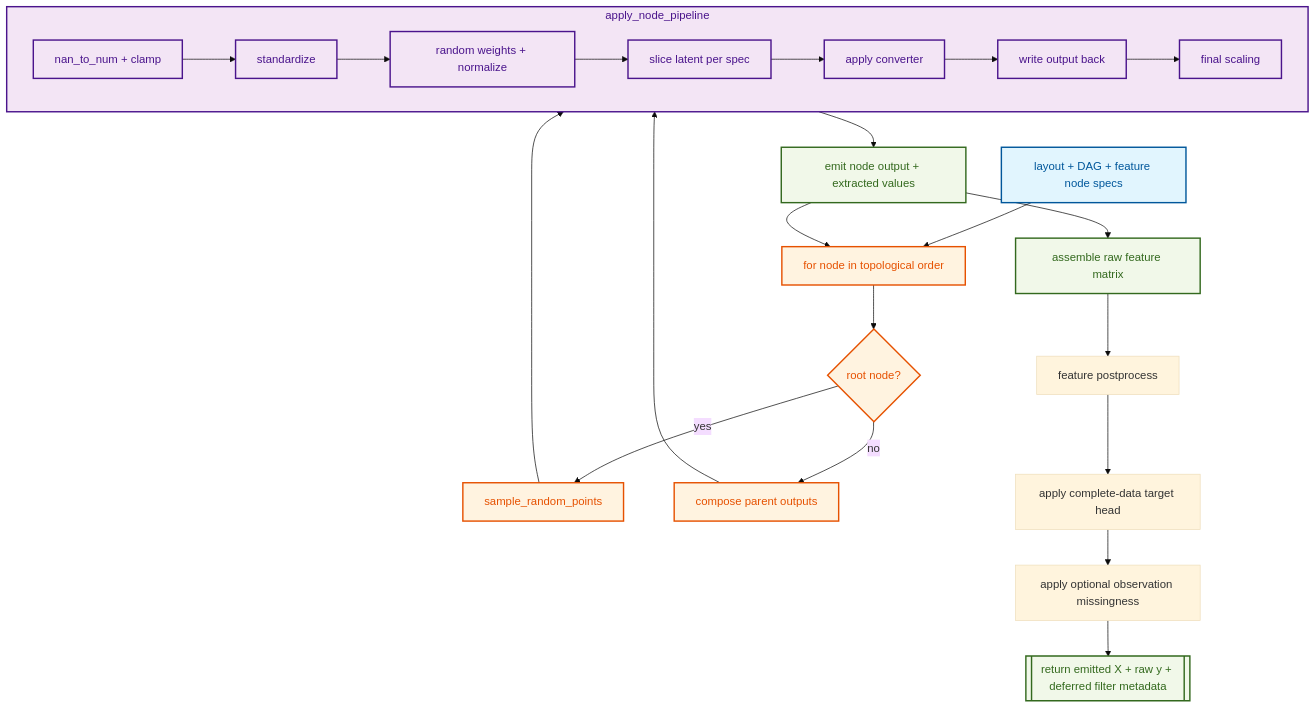
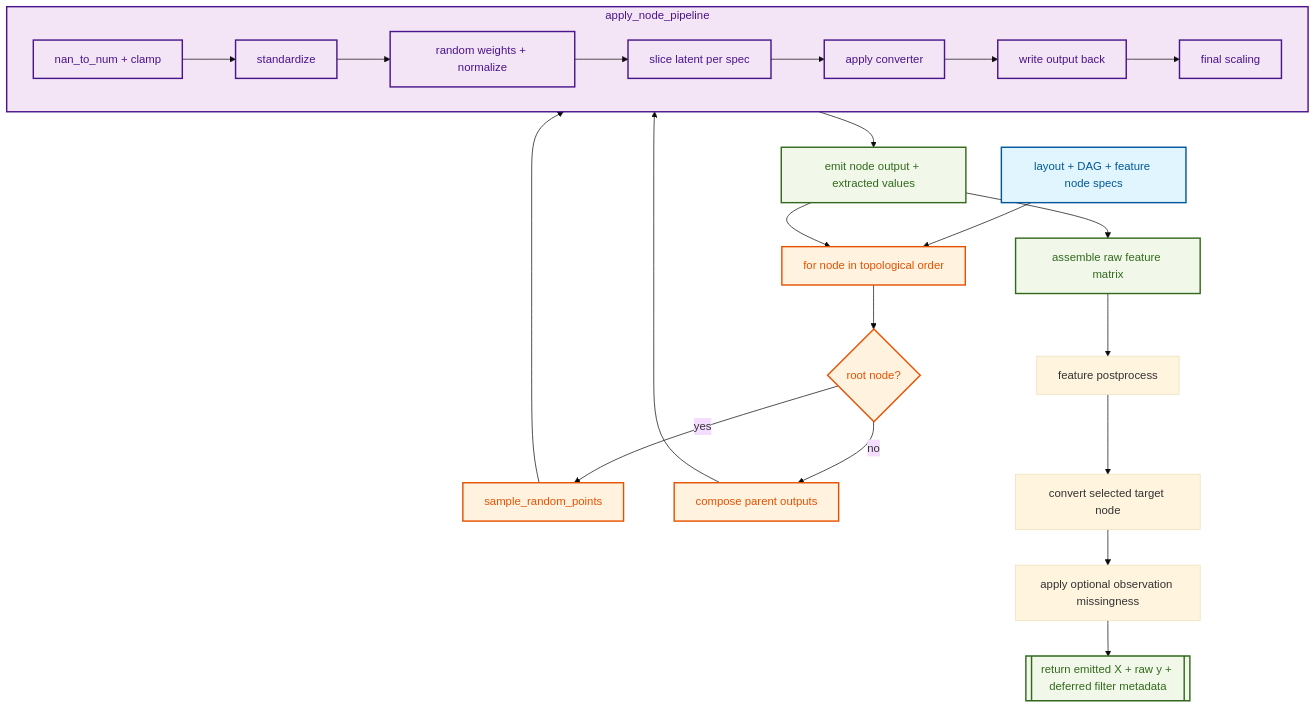
The third of 3 diagrams in docs/how-it-works.md (bensonlee5/cauchy-generator), drawn with Mermaid (base theme) before and after one commit. The commit also changed other lines of this file and 83 other files, not shown here.

````diff
--- a/docs/how-it-works.md
+++ b/docs/how-it-works.md
@@ -361,40 +357,40 @@
 ```mermaid
 flowchart TB
     %% Class Definitions
     classDef setup fill:#e1f5fe,stroke:#01579b,stroke-width:2px,color:#01579b
     classDef loop fill:#fff3e0,stroke:#e65100,stroke-width:2px,color:#e65100
     classDef pipe fill:#f3e5f5,stroke:#4a148c,stroke-width:2px,color:#4a148c
     classDef out fill:#f1f8e9,stroke:#33691e,stroke-width:2px,color:#33691e
 
     Setup[layout + DAG + feature node specs] --> Walk[for node in topological order]
     Walk --> Root{root node?}
 
     Root -- yes --> RootSample[sample_random_points]
     Root -- no --> ParentMix[compose parent outputs]
 
     RootSample --> Pipe
     ParentMix --> Pipe
 
     subgraph Pipe [apply_node_pipeline]
         Clean[nan_to_num + clamp] --> Std[standardize]
         Std --> Weight[random weights + normalize]
         Weight --> Slice[slice latent per spec]
         Slice --> Convert[apply converter]
         Convert --> Feedback[write output back]
         Feedback --> Scale[final scaling]
     end
 
     Pipe --> Emit[emit node output + extracted values]
     Emit --> Walk
     Emit --> Assemble[assemble raw feature matrix]
     Assemble --> PostX[feature postprocess]
-    PostX --> TargetHead[apply complete-data target head]
-    TargetHead --> Missing[apply optional observation missingness]
+    PostX --> TargetNode[convert selected target node]
+    TargetNode --> Missing[apply optional observation missingness]
     Missing --> Out[[return emitted X + raw y + deferred filter metadata]]
 
     %% Assign Classes
     class Setup setup
     class Walk,Root,RootSample,ParentMix loop
     class Clean,Std,Weight,Slice,Convert,Feedback,Scale,Pipe pipe
     class Emit,Assemble,Out out
 ```
````
